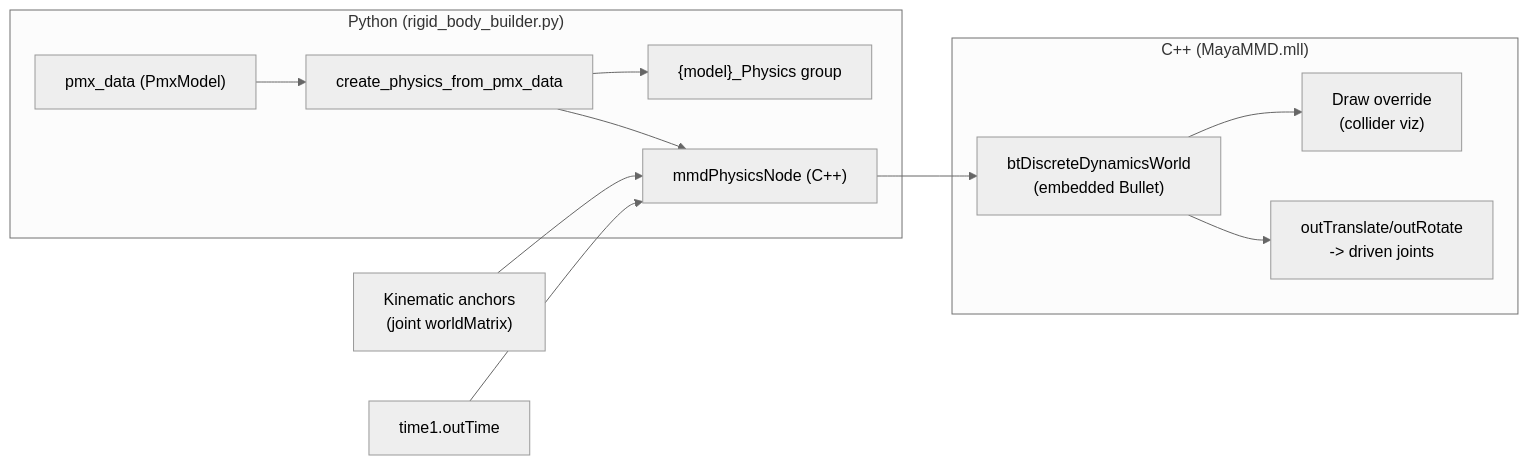
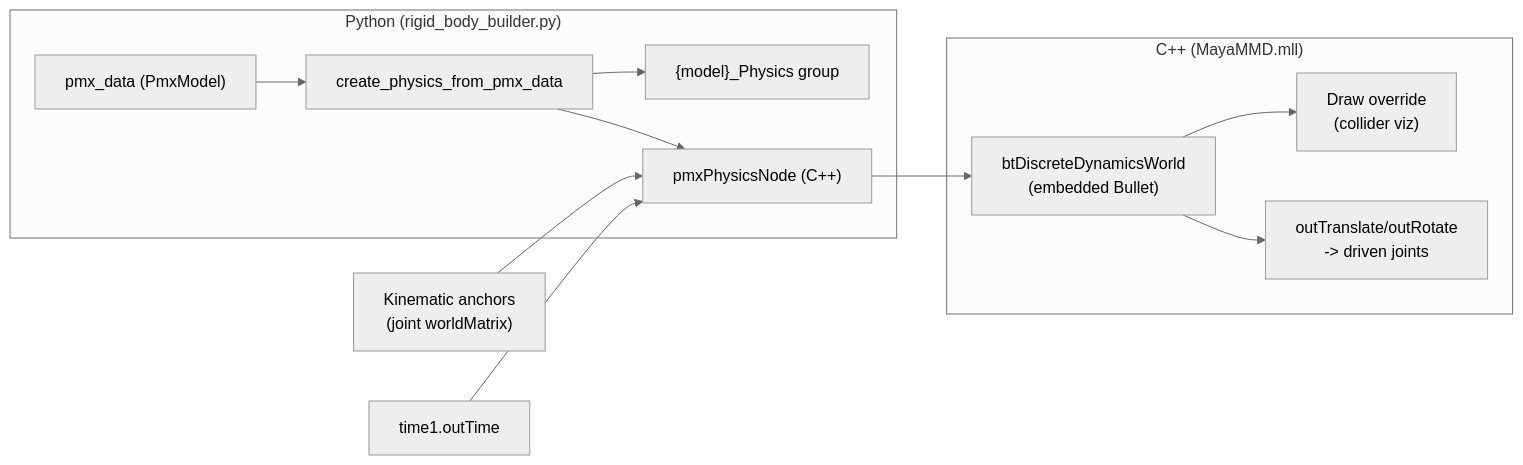
Before and after one commit to sstarosz/MayaMMD: the diagram in docs/PhysicsIntegrationScope.md, drawn with Mermaid (neutral theme). The commit also changed other lines of this file and 31 other files, not shown here.

First line of the commit message:
Refactor physics into Maya-free core and rename node to pmxPhysicsNode

````diff
--- a/docs/PhysicsIntegrationScope.md
+++ b/docs/PhysicsIntegrationScope.md
@@ -109,15 +109,15 @@
 ```mermaid
 flowchart LR
     subgraph Python["Python (rigid_body_builder.py)"]
         PMX["pmx_data (PmxModel)"] --> B["create_physics_from_pmx_data"]
         B --> G["{model}_Physics group"]
-        B --> N["mmdPhysicsNode (C++)"]
+        B --> N["pmxPhysicsNode (C++)"]
     end
     subgraph Cpp["C++ (MayaMMD.mll)"]
         N --> W["btDiscreteDynamicsWorld<br/>(embedded Bullet)"]
         W --> DO["Draw override<br/>(collider viz)"]
         W --> OUT["outTranslate/outRotate<br/>-> driven joints"]
     end
     KIN["Kinematic anchors<br/>(joint worldMatrix)"] --> N
     TM["time1.outTime"] --> N
 ```
````
